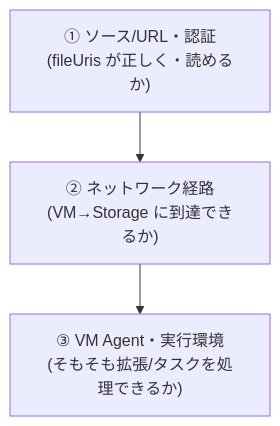
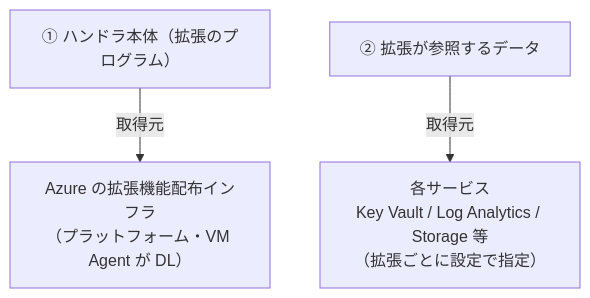
The second of 2 diagrams in batch/topics/custom-script.md (yoyoma-ru/Azure), drawn with Mermaid before and after one commit. The commit also changed other lines of this file and 86 other files, not shown here.

````diff
--- a/batch/topics/custom-script.md
+++ b/batch/topics/custom-script.md
@@ -225,7 +252,5 @@
 ```mermaid
 flowchart TD
-    A["① ソース/URL・認証<br/>(fileUris が正しく・読めるか)"]
-    B["② ネットワーク経路<br/>(VM→Storage に到達できるか)"]
-    C["③ VM Agent・実行環境<br/>(そもそも拡張/タスクを処理できるか)"]
-    A --> B --> C
+    A["① ハンドラ本体（拡張のプログラム）"] -->|"取得元"| AZ["Azure の拡張機能配布インフラ<br/>（プラットフォーム・VM Agent が DL）"]
+    B["② 拡張が参照するデータ"] -->|"取得元"| SVC["各サービス<br/>Key Vault / Log Analytics / Storage 等<br/>（拡張ごとに設定で指定）"]
 ```
````
